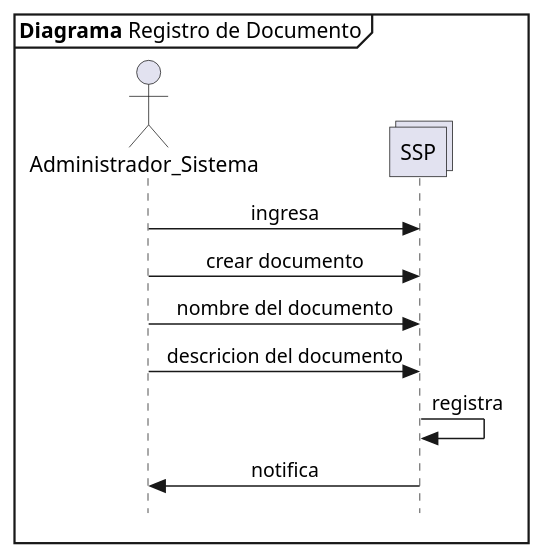
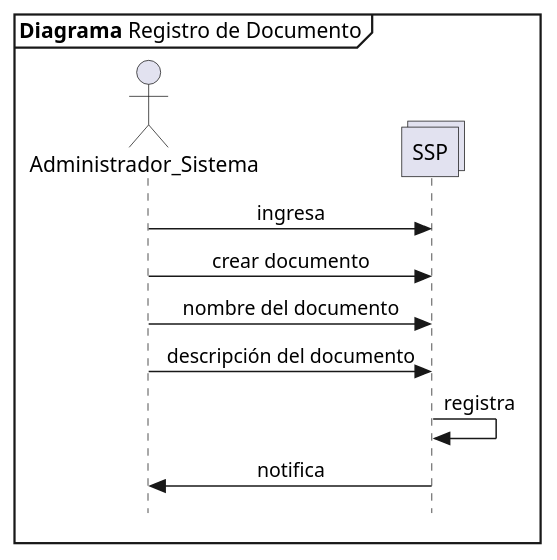
One commit to n1m0d0/defdiag changed the diagram in propuesta SSP/13 registro documento.plantuml. Above: the diagram before and after it, drawn with PlantUML. The commit also changed 7 other files, not shown here.

```diff
--- a/propuesta SSP/13 registro documento.plantuml
+++ b/propuesta SSP/13 registro documento.plantuml
@@ -1,17 +1,17 @@
 @startuml Registrar_Documento
 skinparam Style strictuml
 skinparam SequenceMessageAlignment center
 
 mainframe **Diagrama** Registro de Documento
 
 actor Administrador_Sistema as admin
 collections SSP 
 
 admin -> SSP : ingresa
 admin -> SSP : crear documento
 admin -> SSP : nombre del documento
-admin -> SSP : descricion del documento
+admin -> SSP : descripción del documento
 SSP -> SSP : registra
 SSP -> admin : notifica 
 
 @enduml
```
